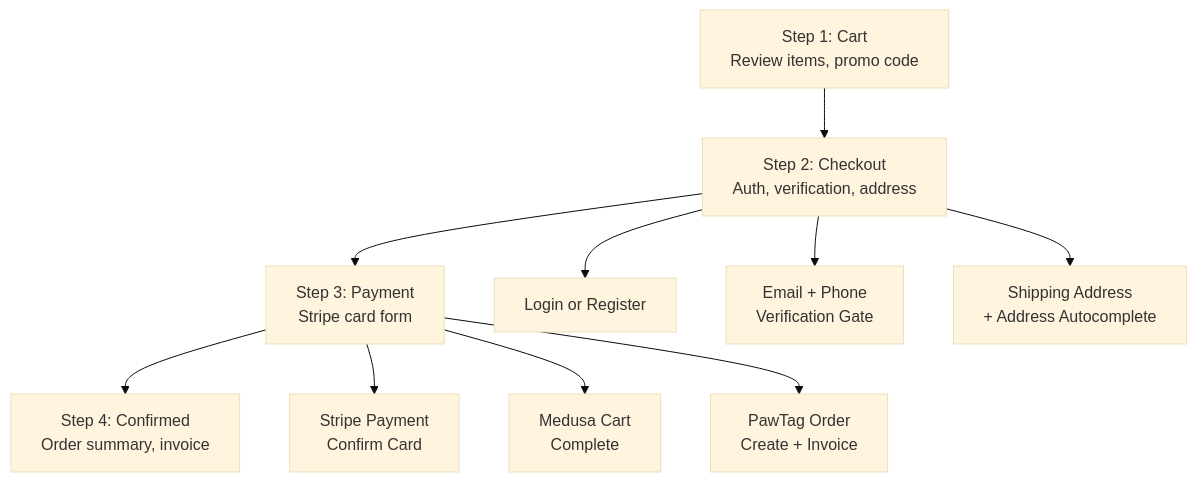
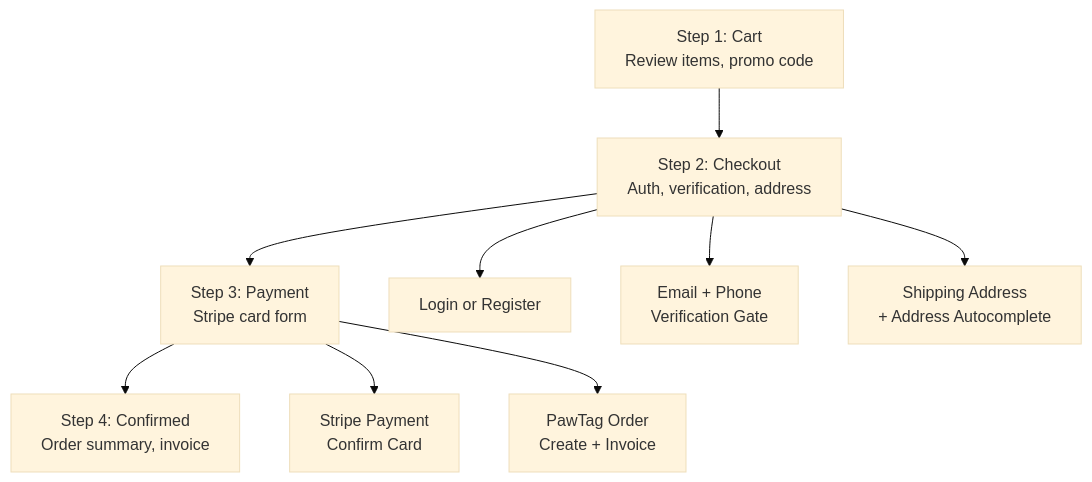
Diagram 11 of 18 in COMPLETE-ARCHITECTURE.md (bhagatarpan/PawTag), drawn with Mermaid (base theme) before and after one commit. The commit also changed other lines of this file and 40 other files, not shown here.

````diff
--- a/COMPLETE-ARCHITECTURE.md
+++ b/COMPLETE-ARCHITECTURE.md
@@ -425,19 +395,18 @@
 ```mermaid
 flowchart TB
     Step1["Step 1: Cart<br/>Review items, promo code"]
     Step2["Step 2: Checkout<br/>Auth, verification, address"]
     Step3["Step 3: Payment<br/>Stripe card form"]
     Step4["Step 4: Confirmed<br/>Order summary, invoice"]
 
     Step1 --> Step2
     Step2 --> Step3
     Step3 --> Step4
 
     Step2 --> Auth["Login or Register"]
     Step2 --> Verify["Email + Phone<br/>Verification Gate"]
     Step2 --> Address["Shipping Address<br/>+ Address Autocomplete"]
 
     Step3 --> Stripe["Stripe Payment<br/>Confirm Card"]
-    Step3 --> MedusaCart["Medusa Cart<br/>Complete"]
     Step3 --> PawTagOrder["PawTag Order<br/>Create + Invoice"]
 ```
````
